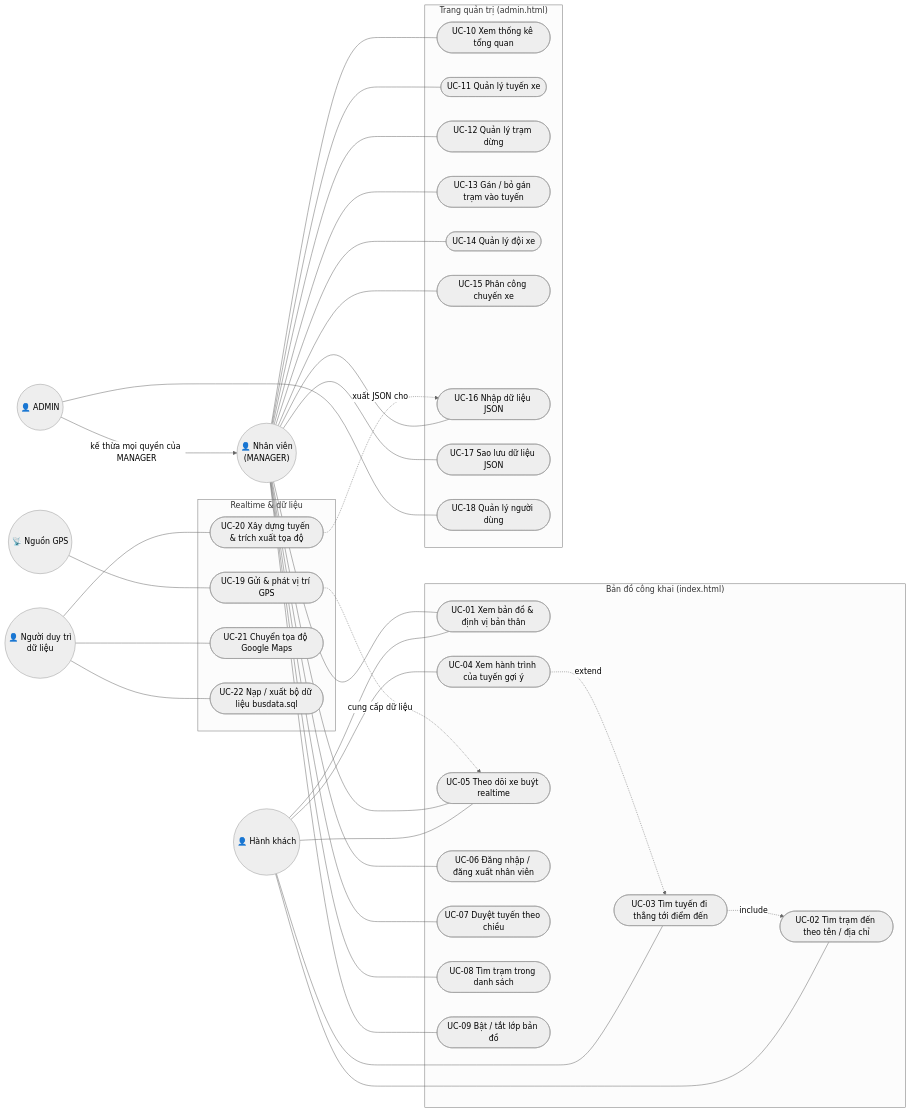
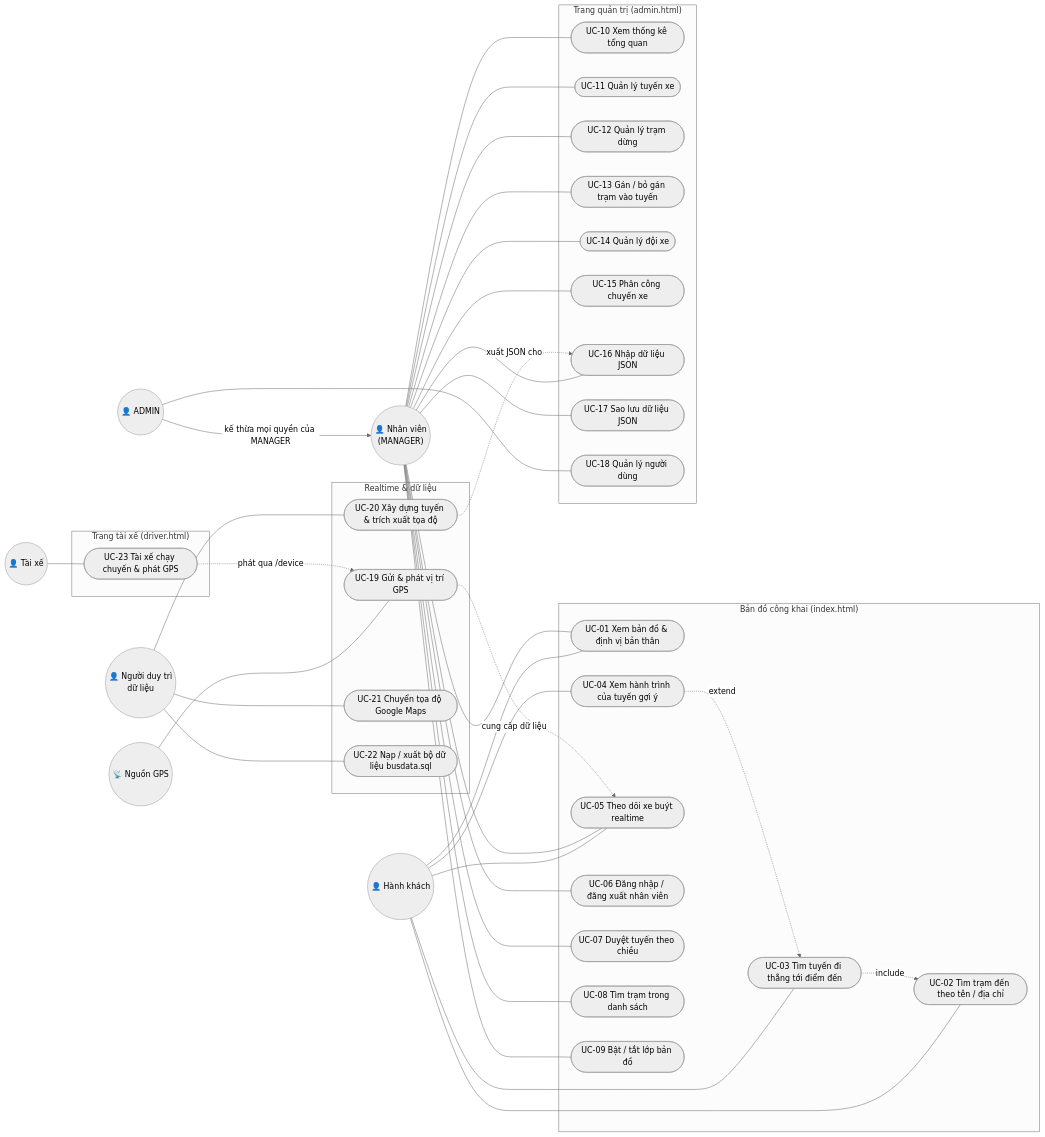
Before and after one commit to tungnguyen8389/bus-gis-tracking: the diagram in docs/USE_CASES.md, drawn with Mermaid (neutral theme). The commit also changed other lines of this file and 3 other files, not shown here.

Commit message:
docs: document driver accounts, /device protocol and standalone simulator

````diff
--- a/docs/USE_CASES.md
+++ b/docs/USE_CASES.md
@@ -41,55 +43,62 @@
 ```mermaid
 flowchart LR
     Khach(("👤 Hành khách"))
     NV(("👤 Nhân viên<br/>(MANAGER)"))
     AD(("👤 ADMIN"))
     GPS(("📡 Nguồn GPS"))
+    TX(("👤 Tài xế"))
     DM(("👤 Người duy trì<br/>dữ liệu"))
 
     subgraph MAP["Bản đồ công khai (index.html)"]
         UC01(["UC-01 Xem bản đồ & định vị bản thân"])
         UC02(["UC-02 Tìm trạm đến theo tên / địa chỉ"])
         UC03(["UC-03 Tìm tuyến đi thẳng tới điểm đến"])
         UC04(["UC-04 Xem hành trình của tuyến gợi ý"])
         UC05(["UC-05 Theo dõi xe buýt realtime"])
         UC06(["UC-06 Đăng nhập / đăng xuất nhân viên"])
         UC07(["UC-07 Duyệt tuyến theo chiều"])
         UC08(["UC-08 Tìm trạm trong danh sách"])
         UC09(["UC-09 Bật / tắt lớp bản đồ"])
     end
 
     subgraph ADMIN["Trang quản trị (admin.html)"]
         UC10(["UC-10 Xem thống kê tổng quan"])
         UC11(["UC-11 Quản lý tuyến xe"])
         UC12(["UC-12 Quản lý trạm dừng"])
         UC13(["UC-13 Gán / bỏ gán trạm vào tuyến"])
         UC14(["UC-14 Quản lý đội xe"])
         UC15(["UC-15 Phân công chuyến xe"])
         UC16(["UC-16 Nhập dữ liệu JSON"])
         UC17(["UC-17 Sao lưu dữ liệu JSON"])
         UC18(["UC-18 Quản lý người dùng"])
     end
 
+    subgraph DRV["Trang tài xế (driver.html)"]
+        UC23(["UC-23 Tài xế chạy chuyến & phát GPS"])
+    end
+
     subgraph SYS["Realtime & dữ liệu"]
         UC19(["UC-19 Gửi & phát vị trí GPS"])
         UC20(["UC-20 Xây dựng tuyến & trích xuất tọa độ"])
         UC21(["UC-21 Chuyển tọa độ Google Maps"])
         UC22(["UC-22 Nạp / xuất bộ dữ liệu busdata.sql"])
     end
 
     Khach --- UC01 & UC02 & UC03 & UC05
     UC03 -. include .-> UC02
     UC04 -. extend .-> UC03
     Khach --- UC04
 
     NV --- UC01 & UC05 & UC06 & UC07 & UC08 & UC09
     NV --- UC10 & UC11 & UC12 & UC13 & UC14 & UC15 & UC16 & UC17
     AD -- "kế thừa mọi quyền của MANAGER" --> NV
     AD --- UC18
 
     GPS --- UC19
+    TX --- UC23
+    UC23 -. phát qua /device .-> UC19
     UC19 -. cung cấp dữ liệu .-> UC05
 
     DM --- UC20 & UC21 & UC22
     UC20 -. xuất JSON cho .-> UC16
 ```
````
